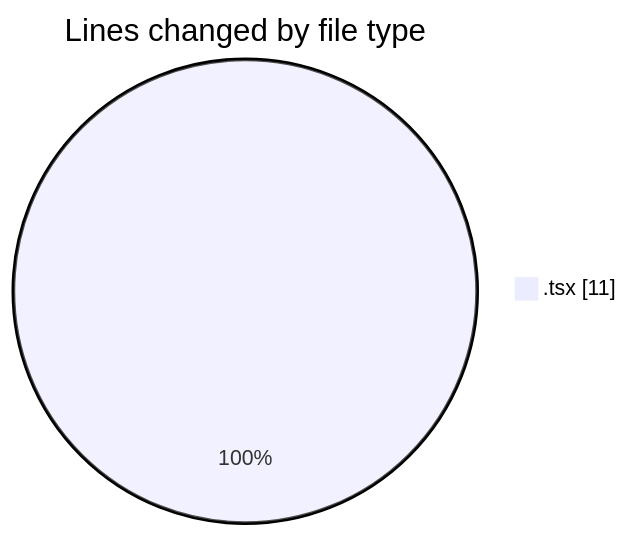
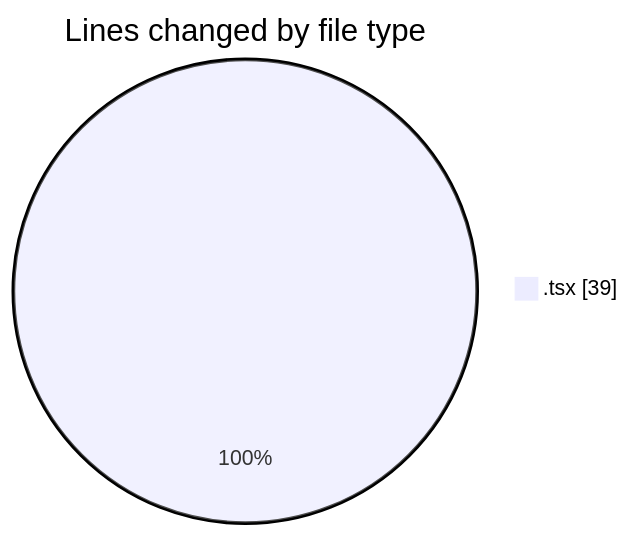
Before and after one commit to julien-gomy/code-tracking: the first of 2 diagrams in 2025-11-22/eventscop-frontend-guide__workspace_/README.md, drawn with Mermaid. The commit also changed other lines of this file and 1 other file, not shown here.

````diff
--- a/2025-11-22/eventscop-frontend-guide__workspace_/README.md
+++ b/2025-11-22/eventscop-frontend-guide__workspace_/README.md
@@ -21,5 +22,5 @@
 ```mermaid
 pie showData
 title Lines changed by file type
-".tsx" : 11
+".tsx" : 39
 ```
````
